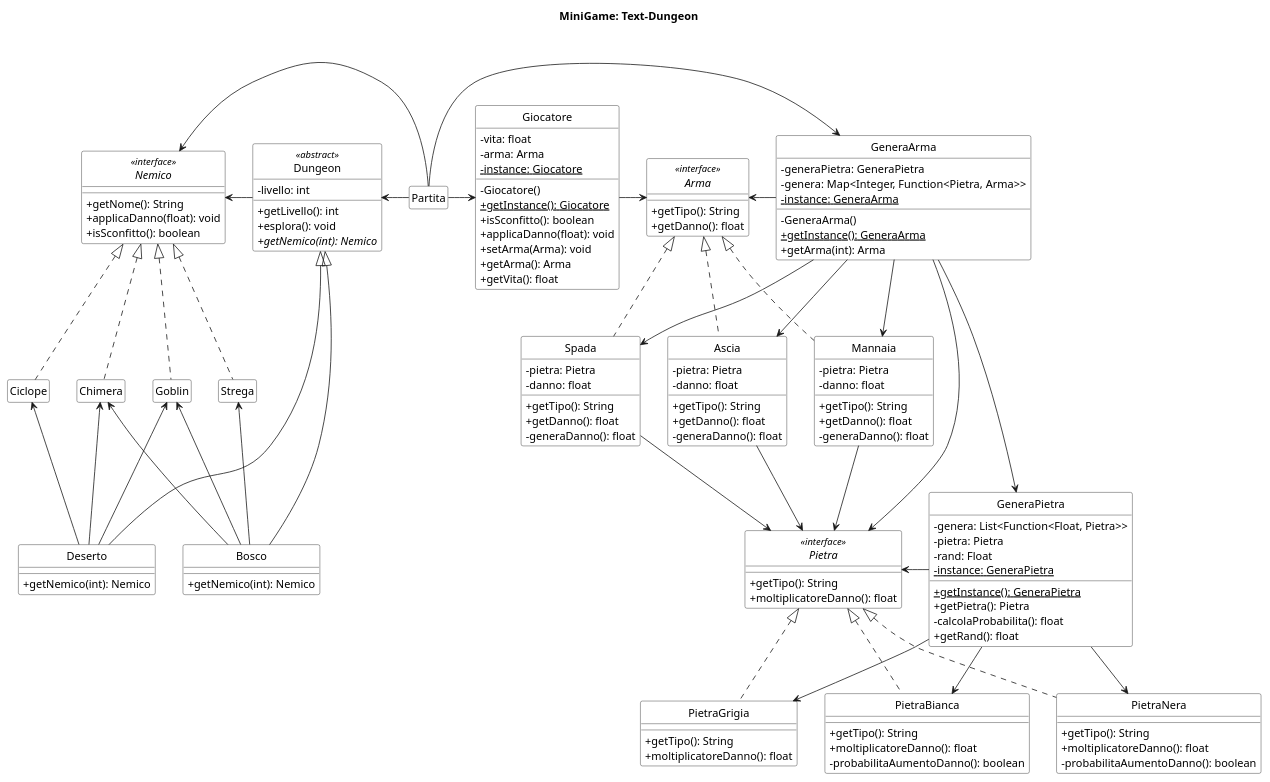
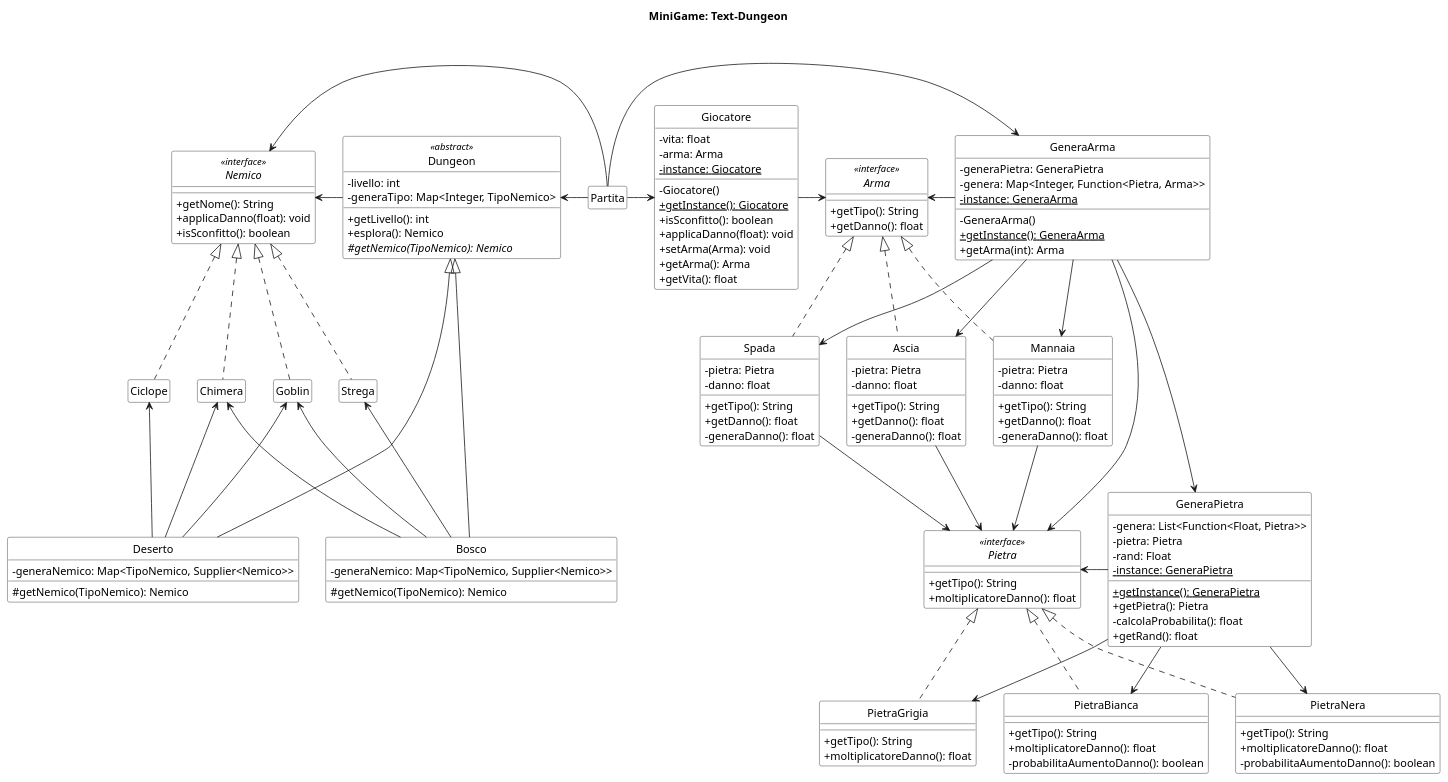
One commit to Gigi-G/text-dungeon changed the diagram in uml/class_diagram.puml. Above: the diagram before and after it, drawn with PlantUML. The commit also changed 22 other files, not shown here.

```diff
--- a/uml/class_diagram.puml
+++ b/uml/class_diagram.puml
@@ -3,193 +3,196 @@
 @startuml
 ' START STYLE
 skinparam {
     monochrome true
     classBackgroundColor white
     noteBackgroundColor white
     classAttributeIconSize 0
 }
 hide circle
 ' END STYLE
 
 title MiniGame: Text-Dungeon\n
 
 hide members
 
 class GeneraPietra {
     - genera: List<Function<Float, Pietra>>
     - pietra: Pietra
     - rand: Float
     - instance{static}: GeneraPietra
     + getInstance(){static}: GeneraPietra
     + getPietra(): Pietra
     - calcolaProbabilita(): float
     + getRand(): float
 }
 show GeneraPietra members
 
 class Partita
 
 interface Pietra <<interface>> {
     + getTipo(): String
     + moltiplicatoreDanno(): float
 }
 show Pietra members
 
 class PietraGrigia implements Pietra {
     + getTipo(): String
     + moltiplicatoreDanno(): float
 }
 show PietraGrigia members
 
 class PietraBianca implements Pietra {
     + getTipo(): String
     + moltiplicatoreDanno(): float
     - probabilitaAumentoDanno(): boolean
 }
 show PietraBianca members
 
 class PietraNera implements Pietra {
     + getTipo(): String
     + moltiplicatoreDanno(): float
     - probabilitaAumentoDanno(): boolean
 }
 show PietraNera members
 
 interface Arma <<interface>> {
     + getTipo(): String
     + getDanno(): float
 }
 show Arma members
 
 class GeneraArma {
     - generaPietra: GeneraPietra
     - genera: Map<Integer, Function<Pietra, Arma>>
     - instance{static}: GeneraArma
     - GeneraArma()
     + getInstance(){static}: GeneraArma
     + getArma(int): Arma
 }
 show GeneraArma members
 
 class Ascia implements Arma {
     - pietra: Pietra
     - danno: float
     + getTipo(): String
     + getDanno(): float
     - generaDanno(): float
 }
 show Ascia members
 
 class Mannaia implements Arma {
     - pietra: Pietra
     - danno: float
     + getTipo(): String
     + getDanno(): float
     - generaDanno(): float
 }
 show Mannaia members
 
 
 class Spada implements Arma {
     - pietra: Pietra
     - danno: float
     + getTipo(): String
     + getDanno(): float
     - generaDanno(): float
 }
 show Spada members
 
 class Giocatore {
     - vita: float
     - arma: Arma
     - instance{static}: Giocatore 
     - Giocatore()
     + getInstance(){static}: Giocatore
     + isSconfitto(): boolean
     + applicaDanno(float): void
     + setArma(Arma): void
     + getArma(): Arma
     + getVita(): float
 }
 show Giocatore members
 
 interface Nemico<<interface>> {
     + getNome(): String
     + applicaDanno(float): void
     + isSconfitto(): boolean
 }
 show Nemico members
 
 class Dungeon<<abstract>> {
     - livello: int
+    - generaTipo: Map<Integer, TipoNemico>
     + getLivello(): int
-    + esplora(): void
-    + getNemico(int){abstract}: Nemico
+    + esplora(): Nemico
+    # getNemico(TipoNemico){abstract}: Nemico
 }
 show Dungeon members
 
 class Bosco extends Dungeon {
-    + getNemico(int): Nemico
+    - generaNemico: Map<TipoNemico, Supplier<Nemico>>
+    # getNemico(TipoNemico): Nemico
 }
 show Bosco members
 
 class Deserto extends Dungeon {
-    + getNemico(int): Nemico
+    - generaNemico: Map<TipoNemico, Supplier<Nemico>>
+    # getNemico(TipoNemico): Nemico
 }
 show Deserto members
 
 class Strega implements Nemico
 class Ciclope implements Nemico
 class Chimera implements Nemico
 class Goblin implements Nemico
 
 'interface StatoPersonaggio<<interface>> {
  '   + mostra(): String
 '}
 'show StatoPersonaggio members
 
 'class Attacco implements StatoPersonaggio
 'class Difesa implements StatoPersonaggio
 'class Assalto implements StatoPersonaggio
 
 'interface StatoBattaglia<<interface>> {
 '    + Lotta(Battaglia): StatoBattaglia 
 '}
 
 'class InizioBattaglia implements StatoBattaglia
 'class Sfida implements StatoBattaglia
 'class Vittoria implements StatoBattaglia
 'class Sconfitta implements StatoBattaglia
 
 GeneraPietra -l-> Pietra
 GeneraPietra -d-> PietraGrigia
 GeneraPietra -d-> PietraBianca
 GeneraPietra -d-> PietraNera
 GeneraArma -l-> Arma
 GeneraArma -d-> Ascia
 GeneraArma -d-> Mannaia
 GeneraArma -d-> Spada
 GeneraArma -d-> GeneraPietra
 GeneraArma -d-> Pietra
 
 Ascia -d-> Pietra
 Mannaia -d-> Pietra
 Spada -d-> Pietra
 
 Giocatore -r-> Arma
 Partita -r-> Giocatore
 
 Partita -r-> GeneraArma
 
 Bosco -u-> Chimera
 Bosco -u-> Goblin
 Bosco -u-> Strega
 Deserto -u-> Chimera
 Deserto -u-> Goblin
 Deserto -u-> Ciclope
 Dungeon -l-> Nemico
 
 Partita -l-> Dungeon
 Partita -l-> Nemico
 
 @enduml
```
